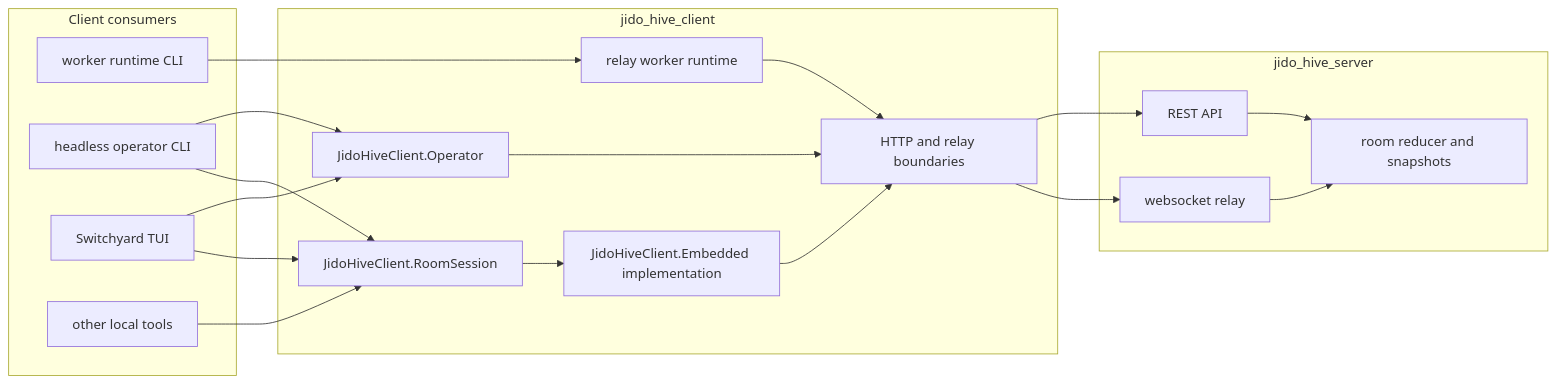
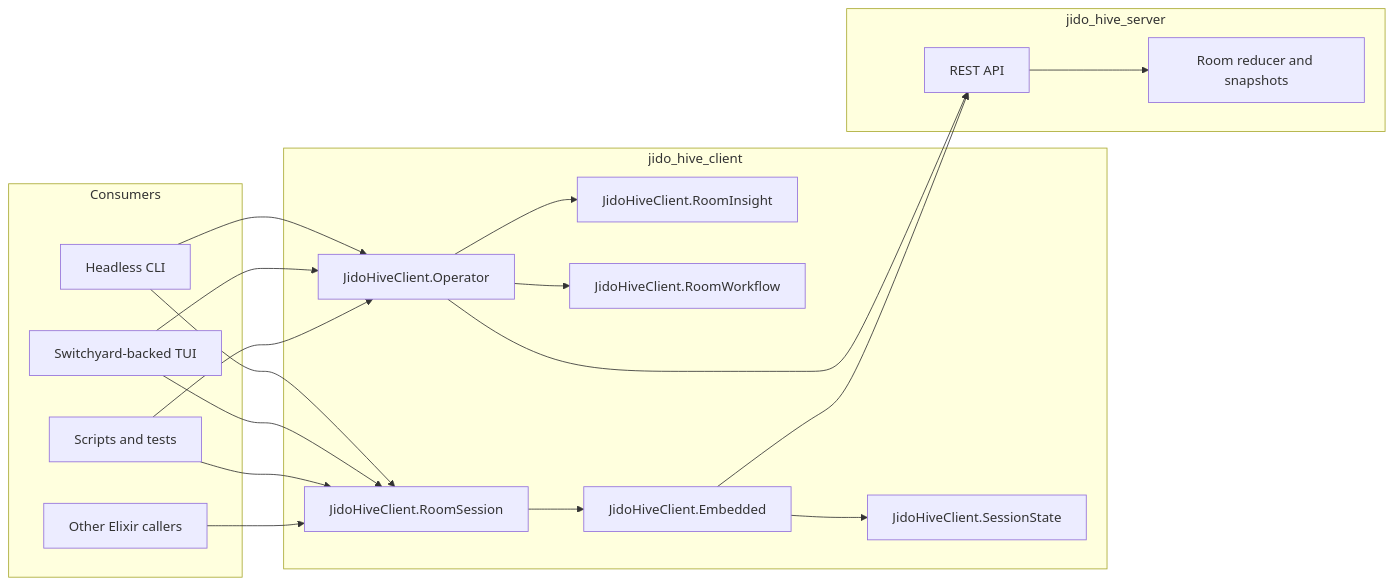
One commit to nshkrdotcom/jido_hive changed the diagram in jido_hive_client/README.md. Above: the diagram before and after it, drawn with Mermaid. The commit also changed other lines of this file and 108 other files, not shown here.

Commit message:
Split operator client from worker runtime

````diff
--- a/jido_hive_client/README.md
+++ b/jido_hive_client/README.md
@@ -82,38 +83,38 @@
 ```mermaid
 flowchart LR
-    subgraph Consumers[Client consumers]
-      WorkerCLI[worker runtime CLI]
-      Headless[headless operator CLI]
-      Console[Switchyard TUI]
-      Other[other local tools]
+    subgraph Consumers[Consumers]
+      Headless[Headless CLI]
+      TUI[Switchyard-backed TUI]
+      Scripts[Scripts and tests]
+      Other[Other Elixir callers]
     end
 
     subgraph Client[jido_hive_client]
       Operator[JidoHiveClient.Operator]
+      Insight[JidoHiveClient.RoomInsight]
+      Workflow[JidoHiveClient.RoomWorkflow]
       Session[JidoHiveClient.RoomSession]
-      Embedded[JidoHiveClient.Embedded implementation]
-      Runtime[relay worker runtime]
-      Boundary[HTTP and relay boundaries]
+      Embedded[JidoHiveClient.Embedded]
+      SessionState[JidoHiveClient.SessionState]
     end
 
     subgraph Server[jido_hive_server]
       API[REST API]
-      Relay[websocket relay]
-      Rooms[room reducer and snapshots]
+      Rooms[Room reducer and snapshots]
     end
 
-    WorkerCLI --> Runtime
     Headless --> Operator
     Headless --> Session
-    Console --> Operator
-    Console --> Session
+    TUI --> Operator
+    TUI --> Session
+    Scripts --> Operator
+    Scripts --> Session
     Other --> Session
     Session --> Embedded
-    Operator --> Boundary
-    Runtime --> Boundary
-    Embedded --> Boundary
-    Boundary --> API
-    Boundary --> Relay
+    Embedded --> SessionState
+    Operator --> Workflow
+    Operator --> Insight
+    Operator --> API
+    Embedded --> API
     API --> Rooms
-    Relay --> Rooms
 ```
````
